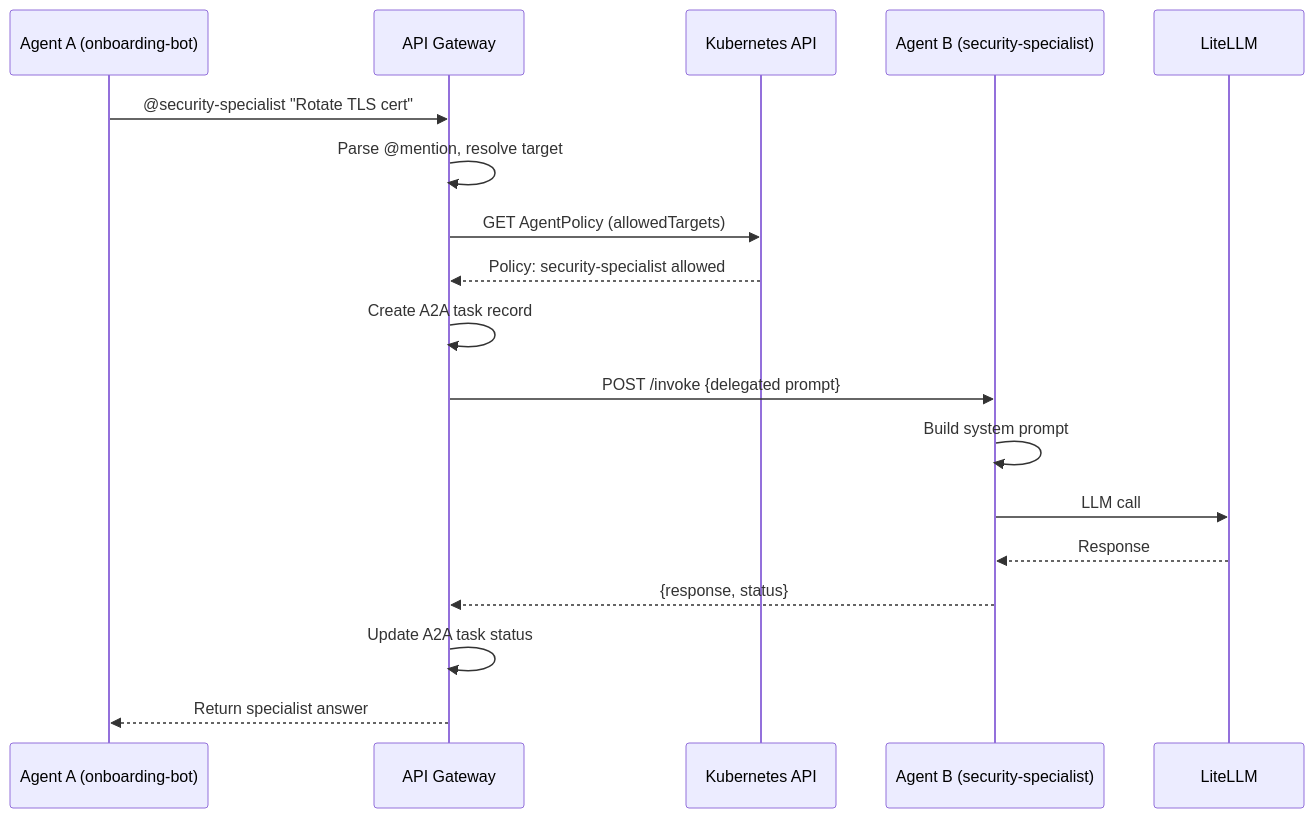
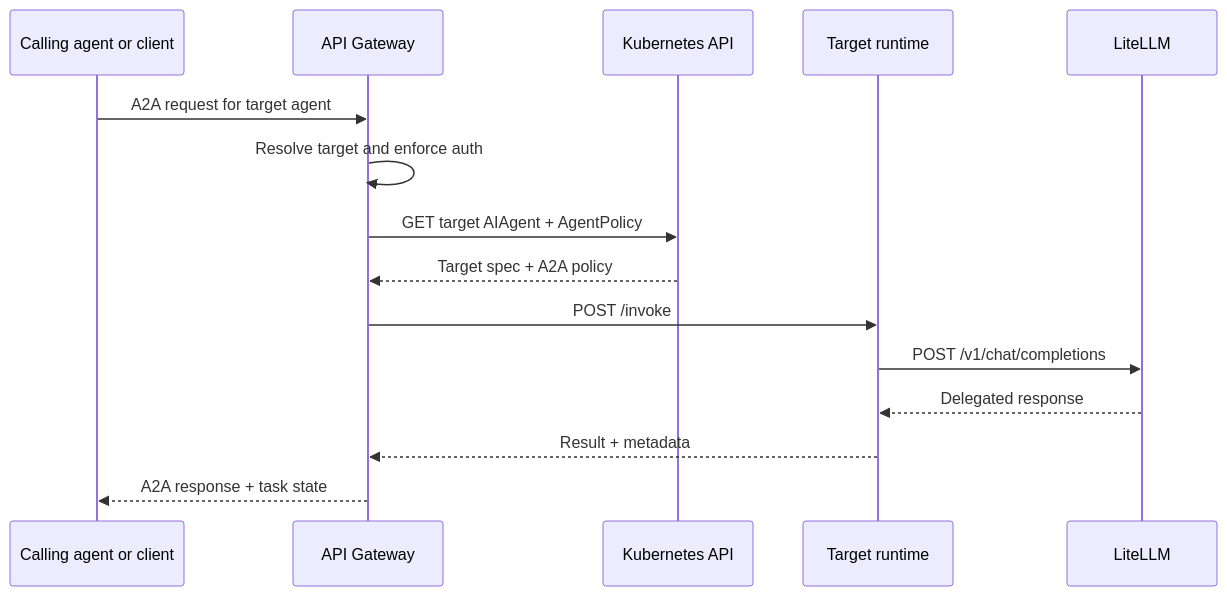
The fourth of 5 diagrams in docs/architecture.md (ykbytes/kubesynapse.ai), drawn with Mermaid before and after one commit. The commit also changed other lines of this file and 86 other files, not shown here.

````diff
--- a/docs/architecture.md
+++ b/docs/architecture.md
@@ -217,21 +298,18 @@
 ```mermaid
 sequenceDiagram
-    participant A as Agent A (onboarding-bot)
+    participant A as Calling agent or client
     participant GW as API Gateway
     participant K8S as Kubernetes API
-    participant B as Agent B (security-specialist)
+    participant B as Target runtime
     participant LLM as LiteLLM
 
-    A->>GW: @security-specialist "Rotate TLS cert"
-    GW->>GW: Parse @mention, resolve target
-    GW->>K8S: GET AgentPolicy (allowedTargets)
-    K8S-->>GW: Policy: security-specialist allowed
-    GW->>GW: Create A2A task record
-    GW->>B: POST /invoke {delegated prompt}
-    B->>B: Build system prompt
-    B->>LLM: LLM call
-    LLM-->>B: Response
-    B-->>GW: {response, status}
-    GW->>GW: Update A2A task status
-    GW-->>A: Return specialist answer
+    A->>GW: A2A request for target agent
+    GW->>GW: Resolve target and enforce auth
+    GW->>K8S: GET target AIAgent + AgentPolicy
+    K8S-->>GW: Target spec + A2A policy
+    GW->>B: POST /invoke
+    B->>LLM: POST /v1/chat/completions
+    LLM-->>B: Delegated response
+    B-->>GW: Result + metadata
+    GW-->>A: A2A response + task state
 ```
````
